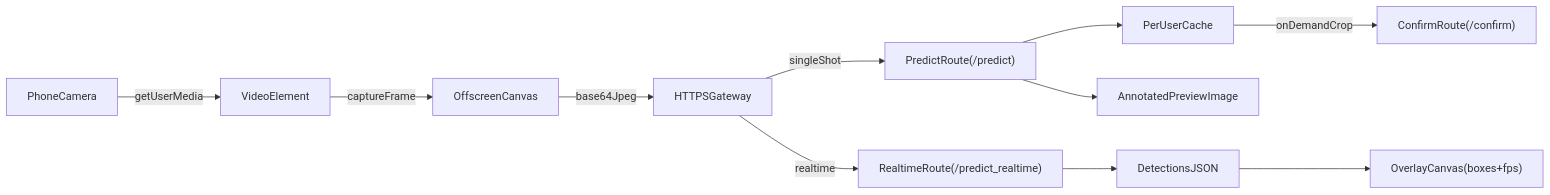
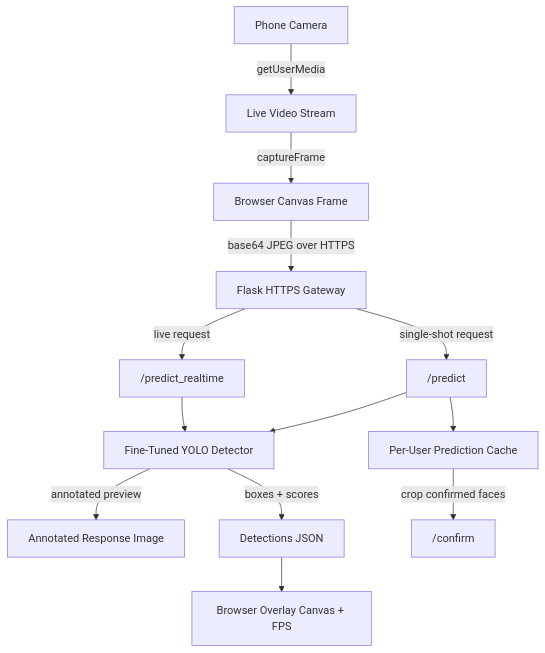
Before and after one commit to diiiiiiio/realtime-mask-detection: the diagram in README.md, drawn with Mermaid. The commit also changed other lines of this file and 10 other files, not shown here.

Commit message:
Fix README architecture and training assets

````diff
--- a/README.md
+++ b/README.md
@@ -41,16 +41,20 @@
 ```mermaid
-flowchart LR
-    cameraInput["PhoneCamera"] -->|"getUserMedia"| videoElement["VideoElement"]
-    videoElement -->|"captureFrame"| offscreenCanvas["OffscreenCanvas"]
-    offscreenCanvas -->|"base64Jpeg"| httpsGateway["HTTPSGateway"]
+flowchart TD
+    camera["Phone Camera"] -->|"getUserMedia"| video["Live Video Stream"]
+    video -->|"captureFrame"| frame["Browser Canvas Frame"]
+    frame -->|"base64 JPEG over HTTPS"| gateway["Flask HTTPS Gateway"]
 
-    httpsGateway -->|"singleShot"| predictRoute["PredictRoute(/predict)"]
-    httpsGateway -->|"realtime"| realtimeRoute["RealtimeRoute(/predict_realtime)"]
+    gateway -->|"single-shot request"| predict["/predict"]
+    gateway -->|"live request"| realtime["/predict_realtime"]
 
-    predictRoute --> userCache["PerUserCache"]
-    userCache -->|"onDemandCrop"| confirmRoute["ConfirmRoute(/confirm)"]
+    predict --> yolo["Fine-Tuned YOLO Detector"]
+    realtime --> yolo
 
-    predictRoute --> annotatedImage["AnnotatedPreviewImage"]
-    realtimeRoute --> detectionsJson["DetectionsJSON"]
-    detectionsJson --> overlayCanvas["OverlayCanvas(boxes+fps)"]
+    yolo -->|"annotated preview"| preview["Annotated Response Image"]
+    yolo -->|"boxes + scores"| detections["Detections JSON"]
+
+    predict --> cache["Per-User Prediction Cache"]
+    cache -->|"crop confirmed faces"| confirm["/confirm"]
+
+    detections --> overlay["Browser Overlay Canvas + FPS"]
 ```
````
